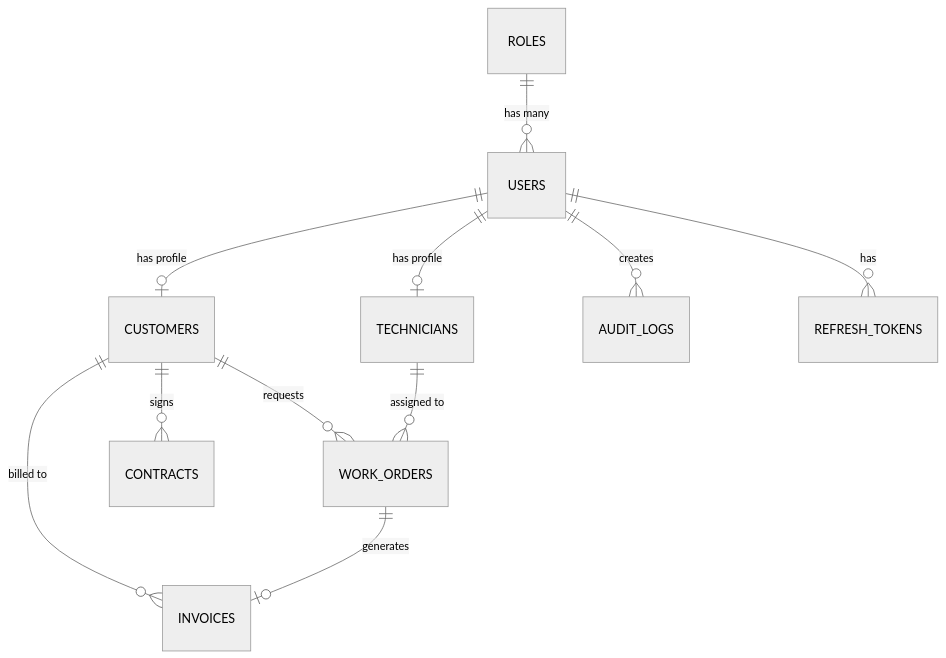
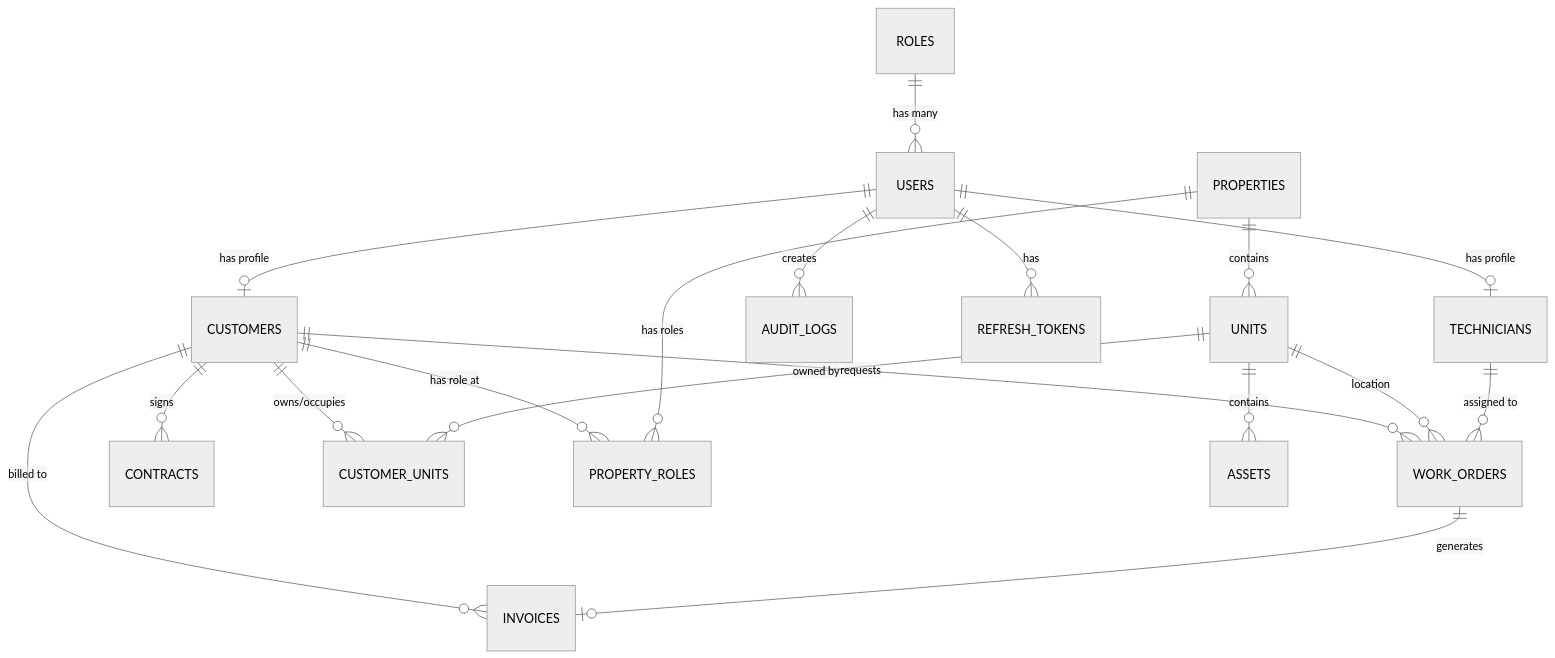
Before and after one commit to losamgmt/tross: the diagram in docs/architecture/ERD.md, drawn with Mermaid (neutral theme). The commit also changed other lines of this file and 71 other files, not shown here.

````diff
--- a/docs/architecture/ERD.md
+++ b/docs/architecture/ERD.md
@@ -9,16 +9,25 @@
 ```mermaid
 erDiagram
     ROLES ||--o{ USERS : "has many"
     USERS ||--o| CUSTOMERS : "has profile"
     USERS ||--o| TECHNICIANS : "has profile"
     USERS ||--o{ AUDIT_LOGS : "creates"
     USERS ||--o{ REFRESH_TOKENS : "has"
 
     CUSTOMERS ||--o{ WORK_ORDERS : "requests"
     CUSTOMERS ||--o{ INVOICES : "billed to"
     CUSTOMERS ||--o{ CONTRACTS : "signs"
+    CUSTOMERS ||--o{ CUSTOMER_UNITS : "owns/occupies"
+    CUSTOMERS ||--o{ PROPERTY_ROLES : "has role at"
+
+    PROPERTIES ||--o{ UNITS : "contains"
+    PROPERTIES ||--o{ PROPERTY_ROLES : "has roles"
+
+    UNITS ||--o{ CUSTOMER_UNITS : "owned by"
+    UNITS ||--o{ ASSETS : "contains"
+    UNITS ||--o{ WORK_ORDERS : "location"
 
     TECHNICIANS ||--o{ WORK_ORDERS : "assigned to"
 
     WORK_ORDERS ||--o| INVOICES : "generates"
 ```
````
